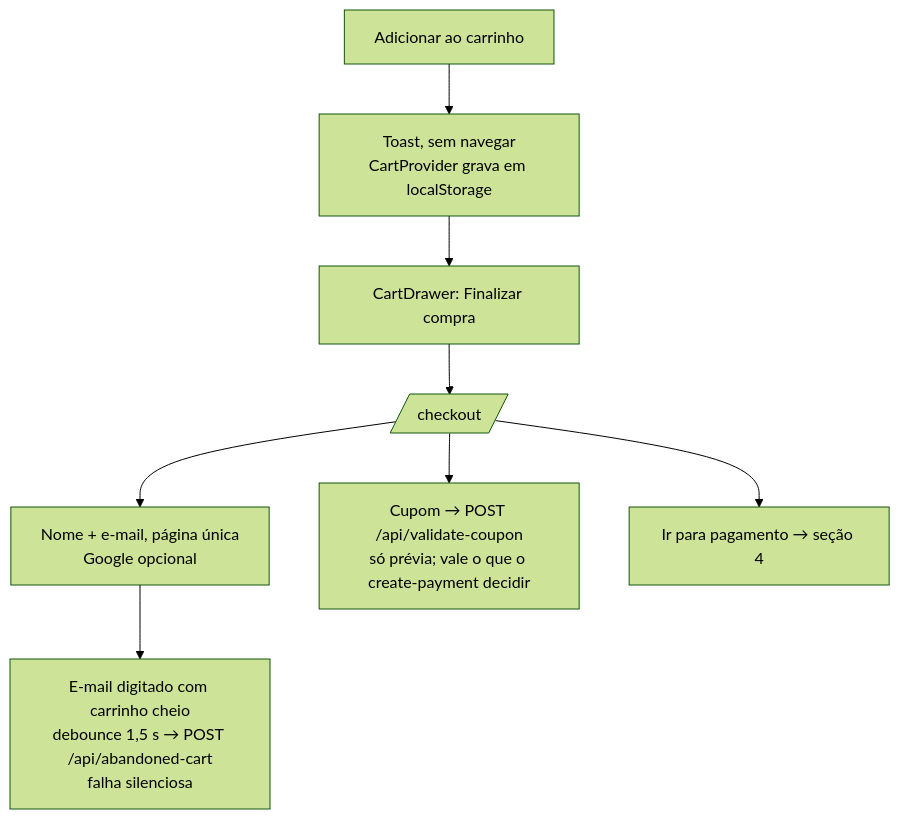
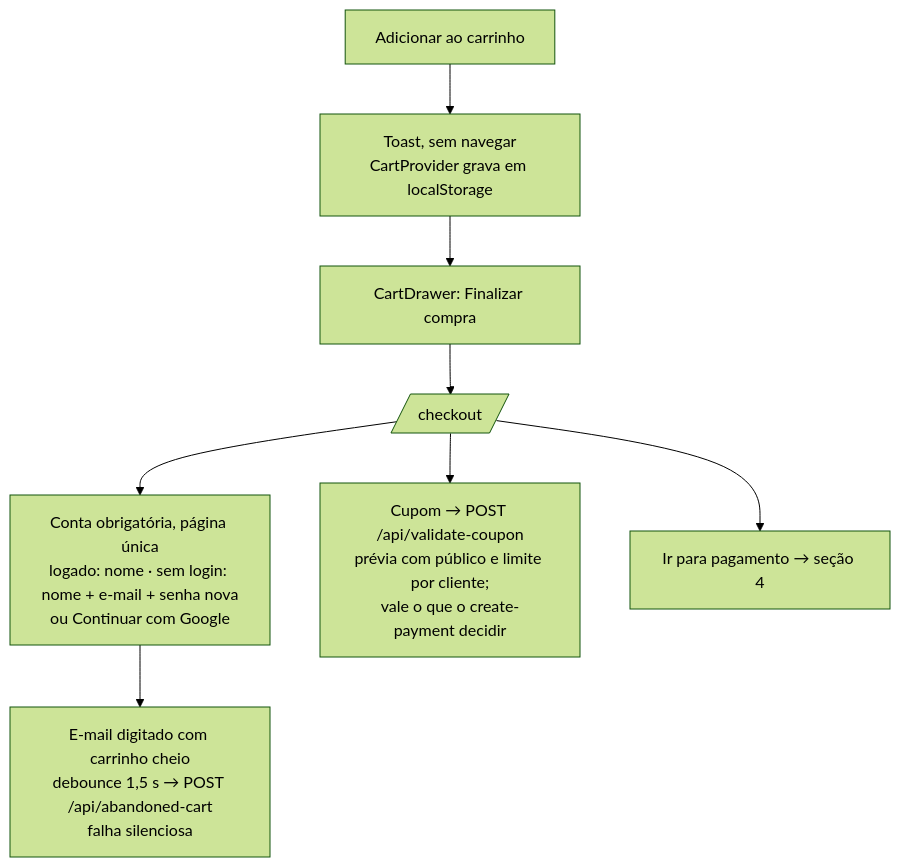
One commit to JoaoLuisC/Atelie-escolar changed the third of 17 diagrams in docs/05-FLUXOS.md. Above: the diagram before and after it, drawn with Mermaid (forest theme). The commit also changed other lines of this file and 95 other files, not shown here.

````diff
--- a/docs/05-FLUXOS.md
+++ b/docs/05-FLUXOS.md
@@ -95,10 +95,10 @@
 ```mermaid
 flowchart TD
     A[Adicionar ao carrinho] --> A1[Toast, sem navegar<br/>CartProvider grava em localStorage]
     A1 --> B[CartDrawer: Finalizar compra]
     B --> C[/checkout/]
-    C --> C1[Nome + e-mail, página única<br/>Google opcional]
+    C --> C1[Conta obrigatória, página única<br/>logado: nome · sem login: nome + e-mail + senha nova<br/>ou Continuar com Google]
     C1 --> C2[E-mail digitado com carrinho cheio<br/>debounce 1,5 s → POST /api/abandoned-cart<br/>falha silenciosa]
-    C --> C3[Cupom → POST /api/validate-coupon<br/>só prévia; vale o que o create-payment decidir]
+    C --> C3[Cupom → POST /api/validate-coupon<br/>prévia com público e limite por cliente;<br/>vale o que o create-payment decidir]
     C --> D[Ir para pagamento → seção 4]
 ```
````
